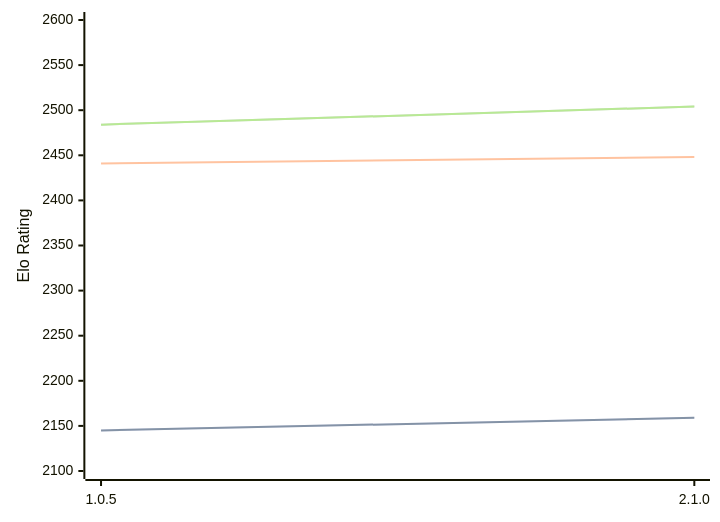
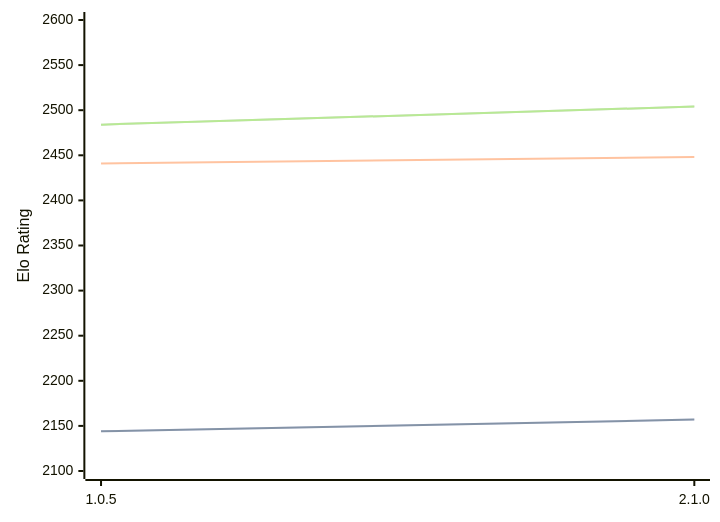
Before and after one commit to computer-chess-index/cci: the diagram in engines/Ruffian.md, drawn with Mermaid. The commit also changed other lines of this file, not shown here.

````diff
--- a/engines/Ruffian.md
+++ b/engines/Ruffian.md
@@ -32,11 +32,11 @@
 ```mermaid
 %%{init: {"theme":"base","themeVariables":{"seriesColors:['#a3a3a3','#222221','#faa371']}}}%%
 xychart-beta
   x-axis ["1.0.5", "2.1.0"]
   y-axis "Elo Rating" 2100 --> 2600
-  line "" [2145, 2159]
-  line "STC (8.0+0.08s)" [2145, 2159]
+  line "" [2144, 2157]
+  line "STC (8.0+0.08s)" [2144, 2157]
   line "LTC (60.0+0.60s)" [2441, 2448]
   line "" [2484, 2504]
   line "VLTC (2m24s+1.12s)" [2484, 2504]
 ```
````
